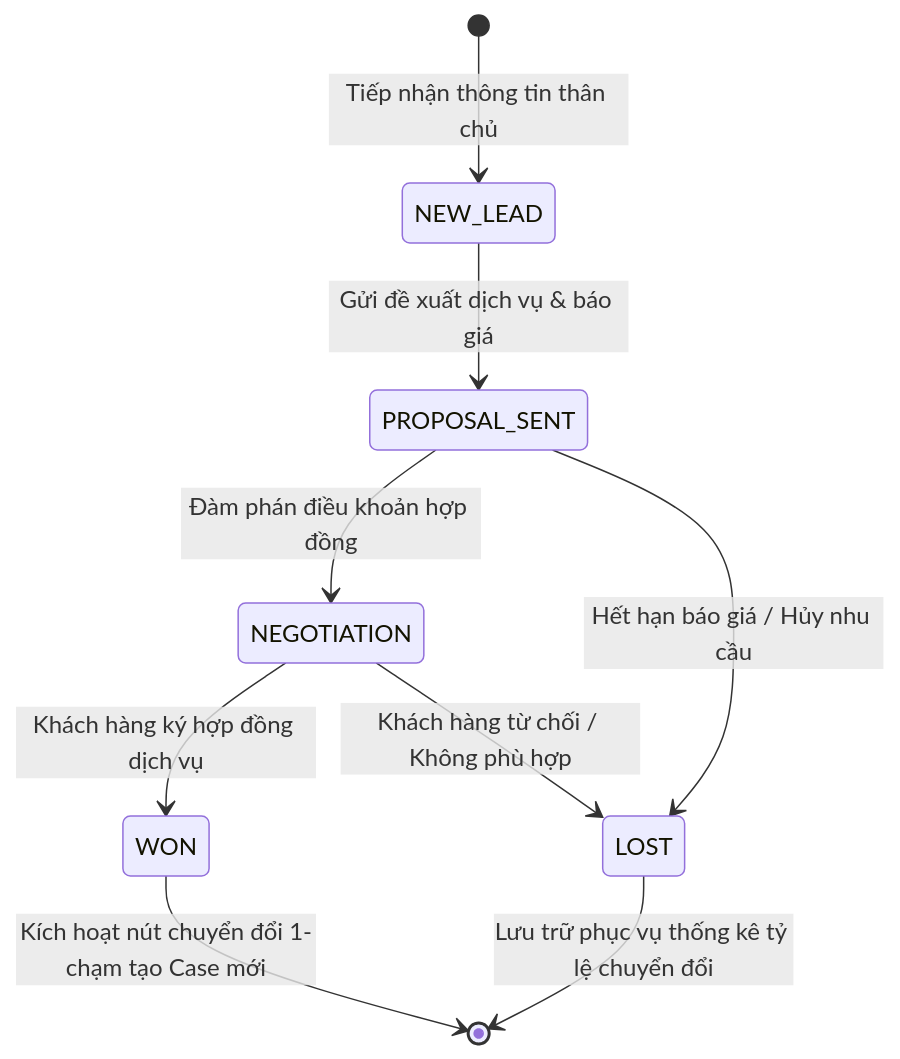
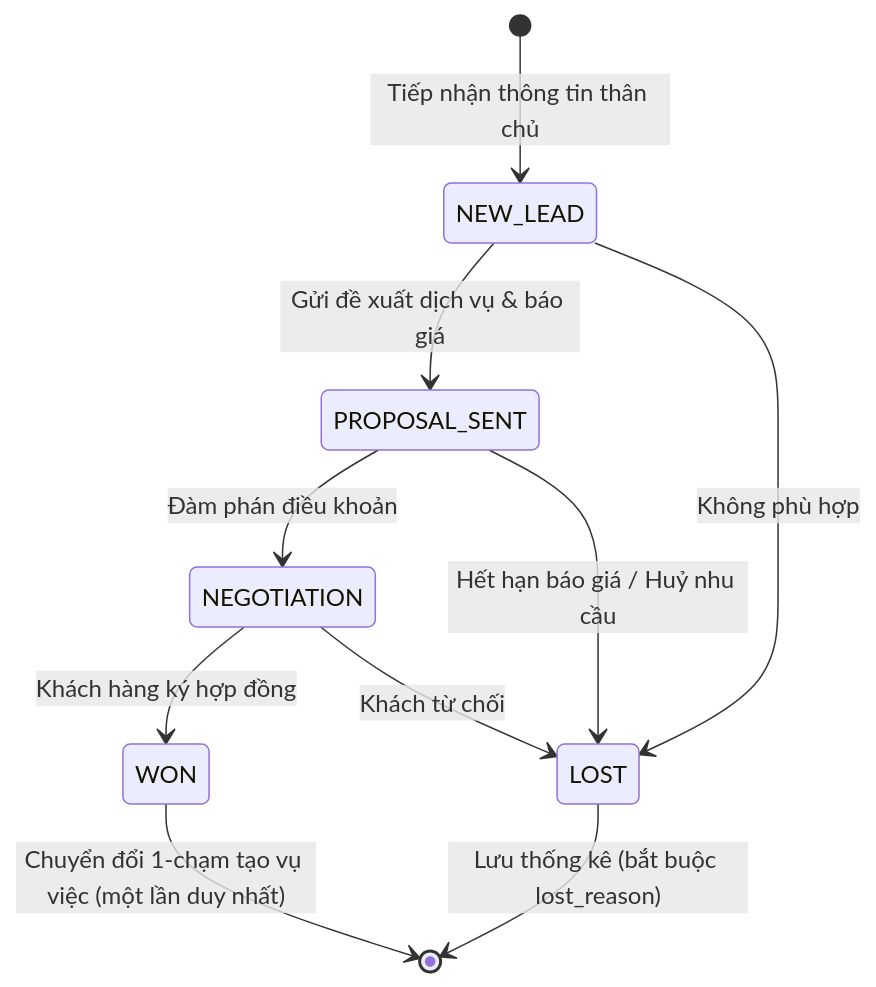
Before and after one commit to namth/asl-erp-v2: the first of 6 diagrams in docs/12-business-rules.md, drawn with Mermaid. The commit also changed other lines of this file and 84 other files, not shown here.

````diff
--- a/docs/12-business-rules.md
+++ b/docs/12-business-rules.md
@@ -7,12 +11,12 @@
 ```mermaid
 stateDiagram-v2
     [*] --> NEW_LEAD: Tiếp nhận thông tin thân chủ
     NEW_LEAD --> PROPOSAL_SENT: Gửi đề xuất dịch vụ & báo giá
-    PROPOSAL_SENT --> NEGOTIATION: Đàm phán điều khoản hợp đồng
-    NEGOTIATION --> WON: Khách hàng ký hợp đồng dịch vụ
-    NEGOTIATION --> LOST: Khách hàng từ chối / Không phù hợp
-    PROPOSAL_SENT --> LOST: Hết hạn báo giá / Hủy nhu cầu
-    
-    WON --> [*]: Kích hoạt nút chuyển đổi 1-chạm tạo Case mới
-    LOST --> [*]: Lưu trữ phục vụ thống kê tỷ lệ chuyển đổi
+    PROPOSAL_SENT --> NEGOTIATION: Đàm phán điều khoản
+    NEGOTIATION --> WON: Khách hàng ký hợp đồng
+    NEW_LEAD --> LOST: Không phù hợp
+    PROPOSAL_SENT --> LOST: Hết hạn báo giá / Huỷ nhu cầu
+    NEGOTIATION --> LOST: Khách từ chối
+    WON --> [*]: Chuyển đổi 1-chạm tạo vụ việc (một lần duy nhất)
+    LOST --> [*]: Lưu thống kê (bắt buộc lost_reason)
 ```
````
